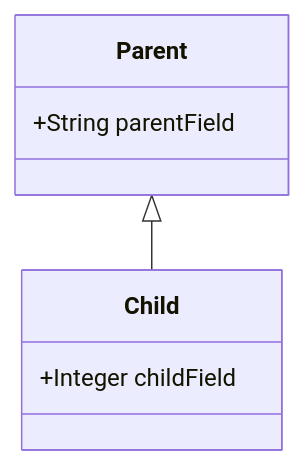
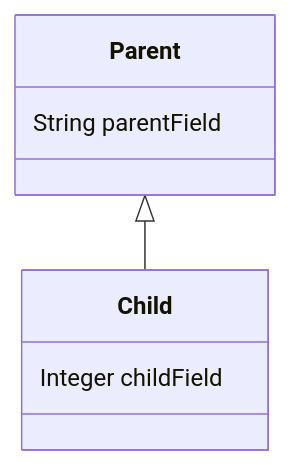
Before and after one commit to flemming-n-larsen/JSONSchema-to-Mermaid: the sixth of 6 diagrams in README.md, drawn with Mermaid. The commit also changed other lines of this file and 4 other files, not shown here.

Commit message:
Enhance MermaidGenerator to support required property markers and improve schema processing

````diff
--- a/README.md
+++ b/README.md
@@ -308,10 +287,10 @@
 ```mermaid
 classDiagram
   class Parent {
-    +String parentField
+    String parentField
   }
   class Child {
-    +Integer childField
+    Integer childField
   }
   Parent <|-- Child
 ```
````
